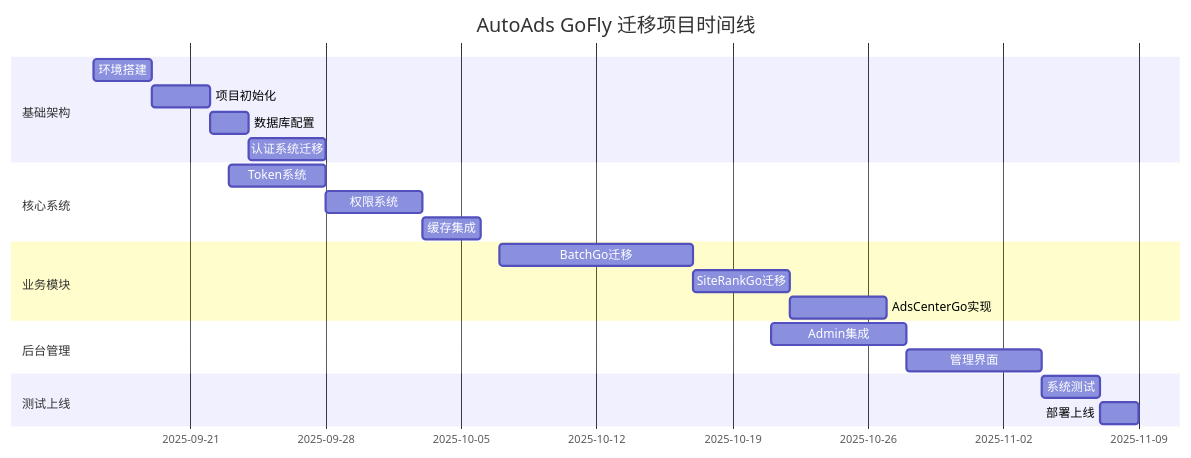
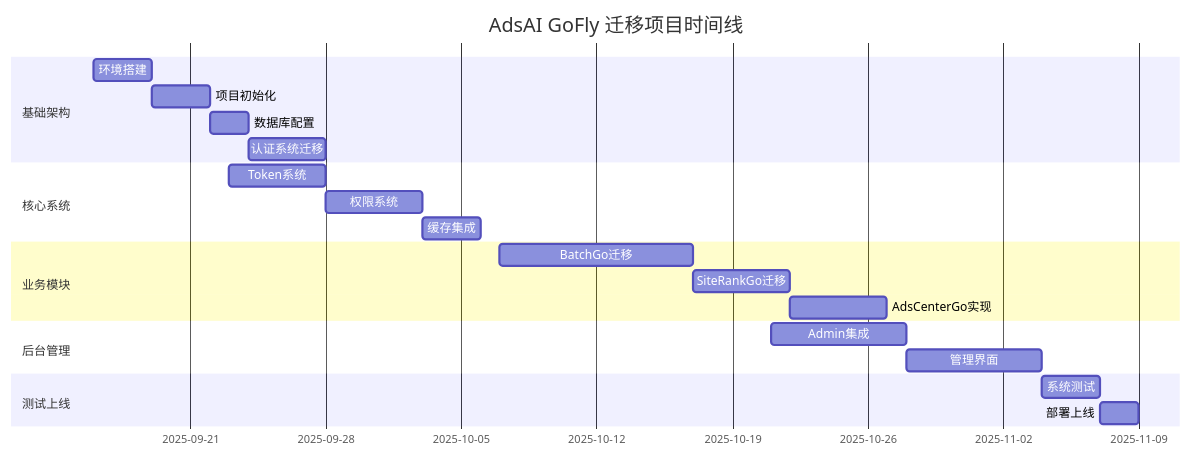
The second of 2 diagrams in docs/prd-brownfield-gofly-migration.md (linming7277/adsai), drawn with Mermaid before and after one commit. The commit also changed other lines of this file and 1924 other files, not shown here.

````diff
--- a/docs/prd-brownfield-gofly-migration.md
+++ b/docs/prd-brownfield-gofly-migration.md
@@ -284,28 +284,28 @@
 ```mermaid
 gantt
-    title AutoAds GoFly 迁移项目时间线
+    title AdsAI GoFly 迁移项目时间线
     dateFormat  YYYY-MM-DD
     section 基础架构
     环境搭建           :a1, 2025-09-16, 3d
     项目初始化         :a2, after a1, 3d
     数据库配置         :a3, after a2, 2d
     认证系统迁移       :a4, after a3, 4d
     
     section 核心系统
     Token系统         :b1, 2025-09-23, 5d
     权限系统         :b2, after b1, 5d
     缓存集成         :b3, after b2, 3d
     
     section 业务模块
     BatchGo迁移      :c1, 2025-10-07, 10d
     SiteRankGo迁移   :c2, after c1, 5d
     AdsCenterGo实现  :c3, after c2, 5d
     
     section 后台管理
     Admin集成        :d1, 2025-10-21, 7d
     管理界面         :d2, after d1, 7d
     
     section 测试上线
     系统测试         :e1, 2025-11-04, 3d
     部署上线         :e2, after e1, 2d
 ```
````
